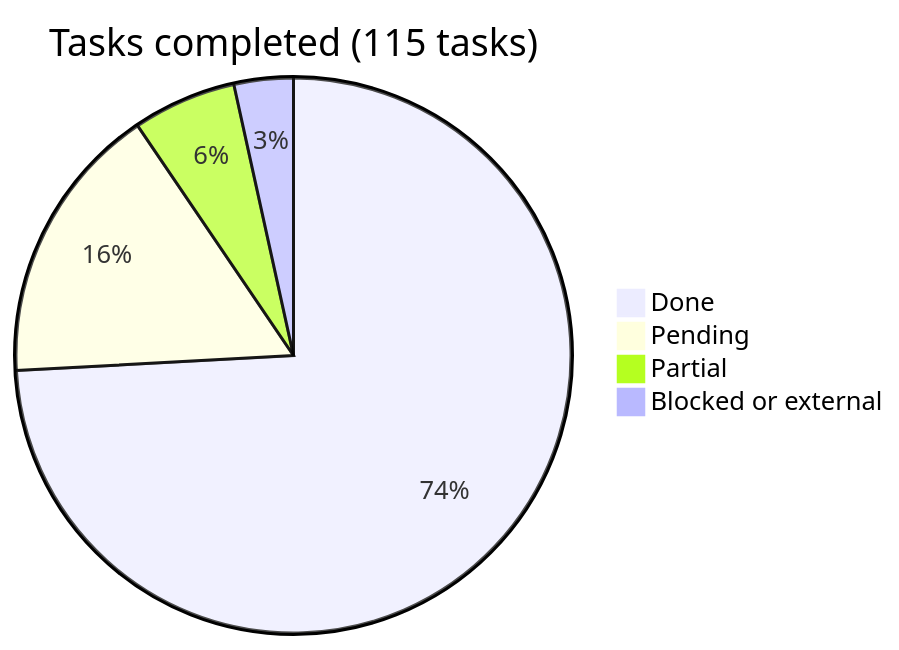
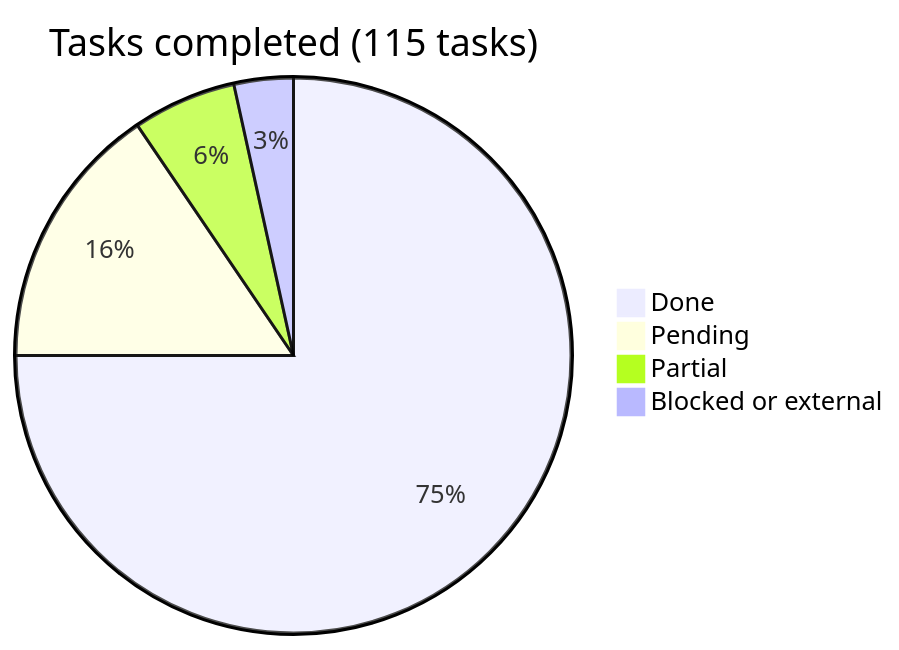
The diagram in docs/roadmap/README.md (araguaney-lat/araguaney-app), drawn with Mermaid before and after one commit. The commit also changed other lines of this file and 19 other files, not shown here.

````diff
--- a/docs/roadmap/README.md
+++ b/docs/roadmap/README.md
@@ -16,7 +16,7 @@
 ```mermaid
 pie title Tasks completed (115 tasks)
-    "Done" : 86
-    "Pending" : 19
+    "Done" : 87
+    "Pending" : 18
     "Partial" : 7
     "Blocked or external" : 4
 ```
````
